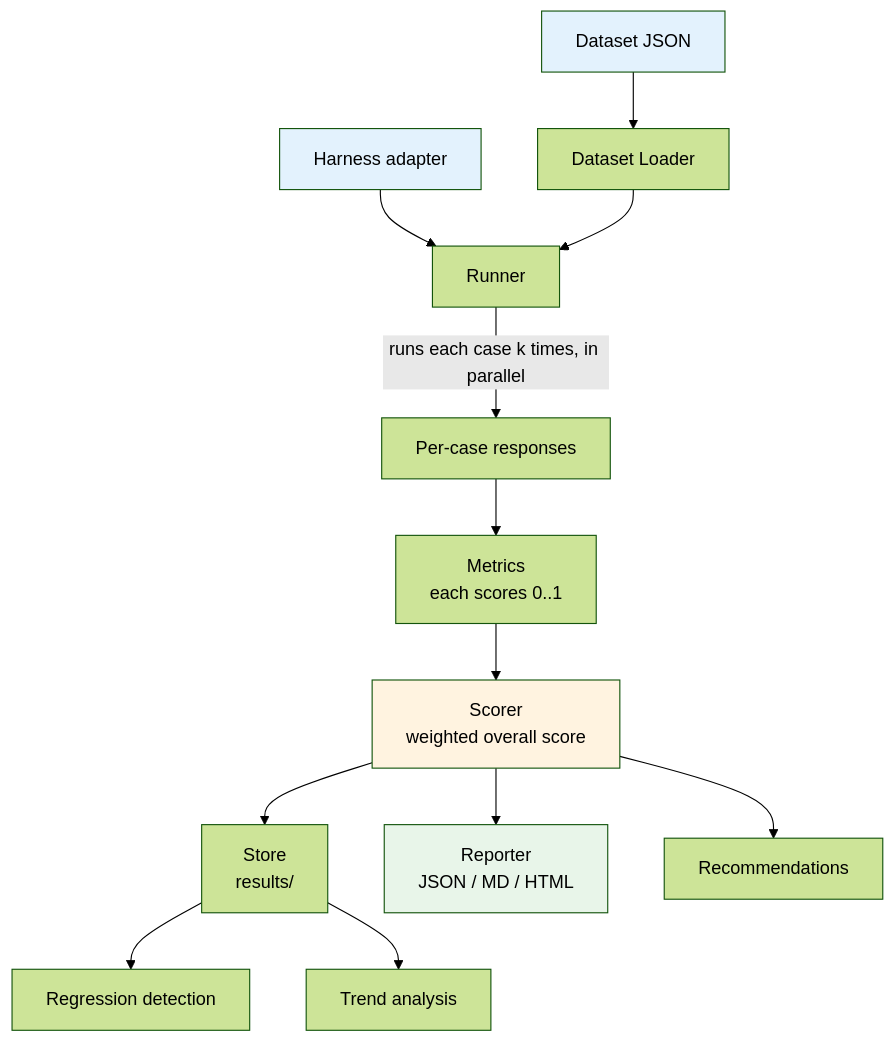
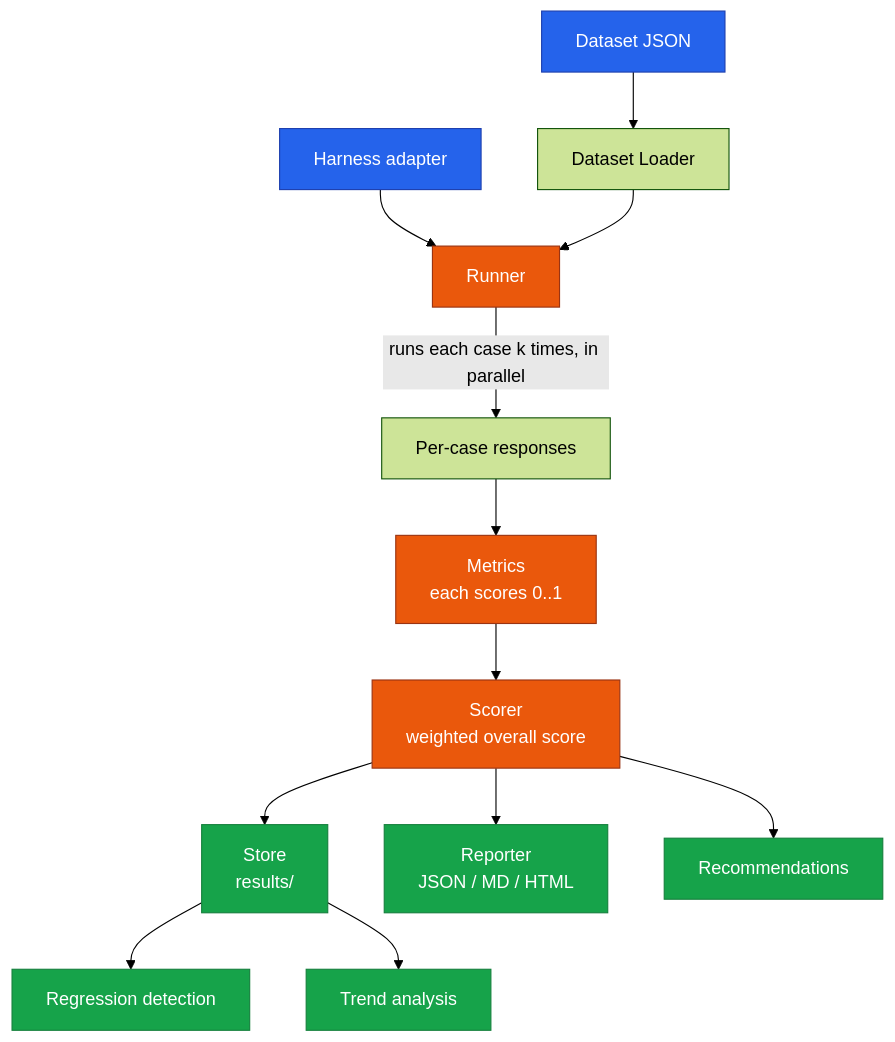
One commit to chhaya-22/ai-harness-evaluation changed the diagram in ARCHITECTURE.md. Above: the diagram before and after it, drawn with Mermaid (forest theme). The commit also changed other lines of this file, not shown here.

Commit message:
Improve architecture diagram colours for readability

````diff
--- a/ARCHITECTURE.md
+++ b/ARCHITECTURE.md
@@ -18,19 +17,22 @@
 ```mermaid
 flowchart TD
     A[Dataset JSON] --> C[Dataset Loader]
     B[Harness adapter] --> D[Runner]
     C --> D
     D -->|runs each case k times, in parallel| E[Per-case responses]
     E --> F[Metrics<br/>each scores 0..1]
     F --> G[Scorer<br/>weighted overall score]
     G --> H[Store<br/>results/]
     G --> I[Reporter<br/>JSON / MD / HTML]
     G --> J[Recommendations]
     H --> K[Regression detection]
     H --> L[Trend analysis]
 
-    style A fill:#e3f2fd
-    style B fill:#e3f2fd
-    style G fill:#fff3e0
-    style I fill:#e8f5e9
+    classDef input fill:#2563eb,stroke:#1e40af,color:#ffffff;
+    classDef core fill:#ea580c,stroke:#9a3412,color:#ffffff;
+    classDef output fill:#16a34a,stroke:#15803d,color:#ffffff;
+
+    class A,B input;
+    class D,F,G core;
+    class H,I,J,K,L output;
 ```
````
